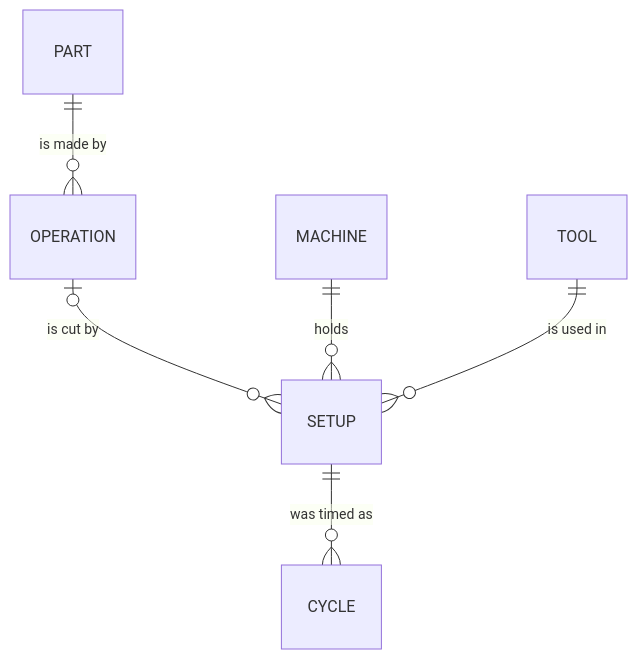
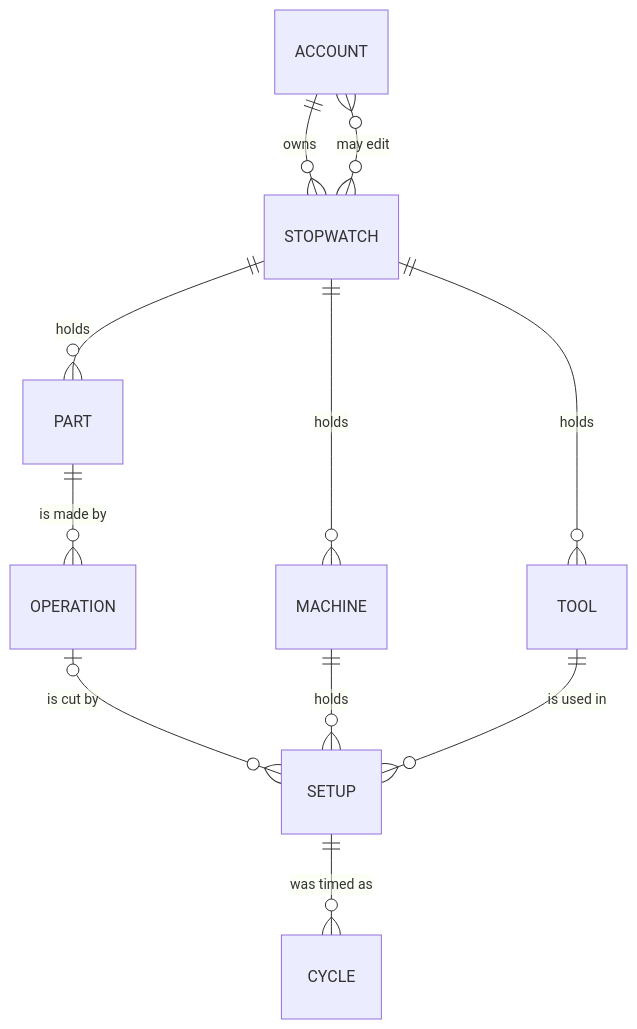
One commit to rwaynewhite15/MindMap3D changed the diagram in plugin-packages/manufacturing/README.md. Above: the diagram before and after it, drawn with Mermaid. The commit also changed other lines of this file and 9 other files, not shown here.

````diff
--- a/plugin-packages/manufacturing/README.md
+++ b/plugin-packages/manufacturing/README.md
@@ -288,8 +362,13 @@
 ```mermaid
 erDiagram
-    PART     ||--o{ OPERATION : "is made by"
-    OPERATION |o--o{ SETUP    : "is cut by"
-    MACHINE  ||--o{ SETUP     : "holds"
-    TOOL     ||--o{ SETUP     : "is used in"
-    SETUP    ||--o{ CYCLE     : "was timed as"
+    ACCOUNT   ||--o{ STOPWATCH : owns
+    ACCOUNT   }o--o{ STOPWATCH : "may edit"
+    STOPWATCH ||--o{ MACHINE   : holds
+    STOPWATCH ||--o{ TOOL      : holds
+    STOPWATCH ||--o{ PART      : holds
+    PART      ||--o{ OPERATION : "is made by"
+    OPERATION |o--o{ SETUP     : "is cut by"
+    MACHINE   ||--o{ SETUP     : "holds"
+    TOOL      ||--o{ SETUP     : "is used in"
+    SETUP     ||--o{ CYCLE     : "was timed as"
 ```
````
